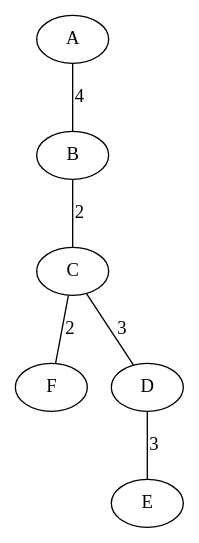
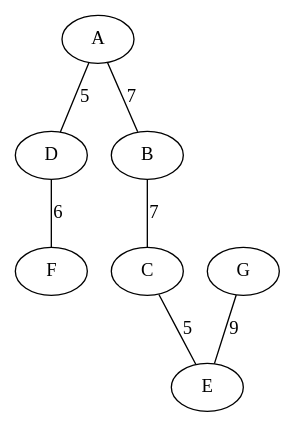
The diagram in ass-5/q2/code/out.dot (kb10241024/CSN261_Assgnments), drawn with Graphviz before and after one commit. The commit also changed 188 other files, not shown here.

```diff
--- a/ass-5/q2/code/out.dot
+++ b/ass-5/q2/code/out.dot
@@ -1,7 +1,8 @@
 graph{
-B--C[label="2"];
-C--F[label="2"];
-C--D[label="3"];
-D--E[label="3"];
-A--B[label="4"];
+A--D[label="5"];
+C--E[label="5"];
+D--F[label="6"];
+A--B[label="7"];
+B--C[label="7"];
+G--E[label="9"];
 }
```
